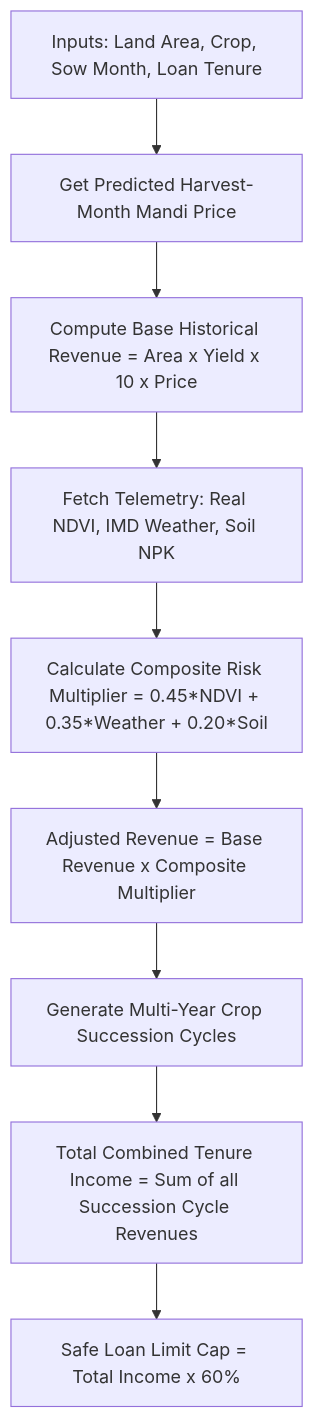
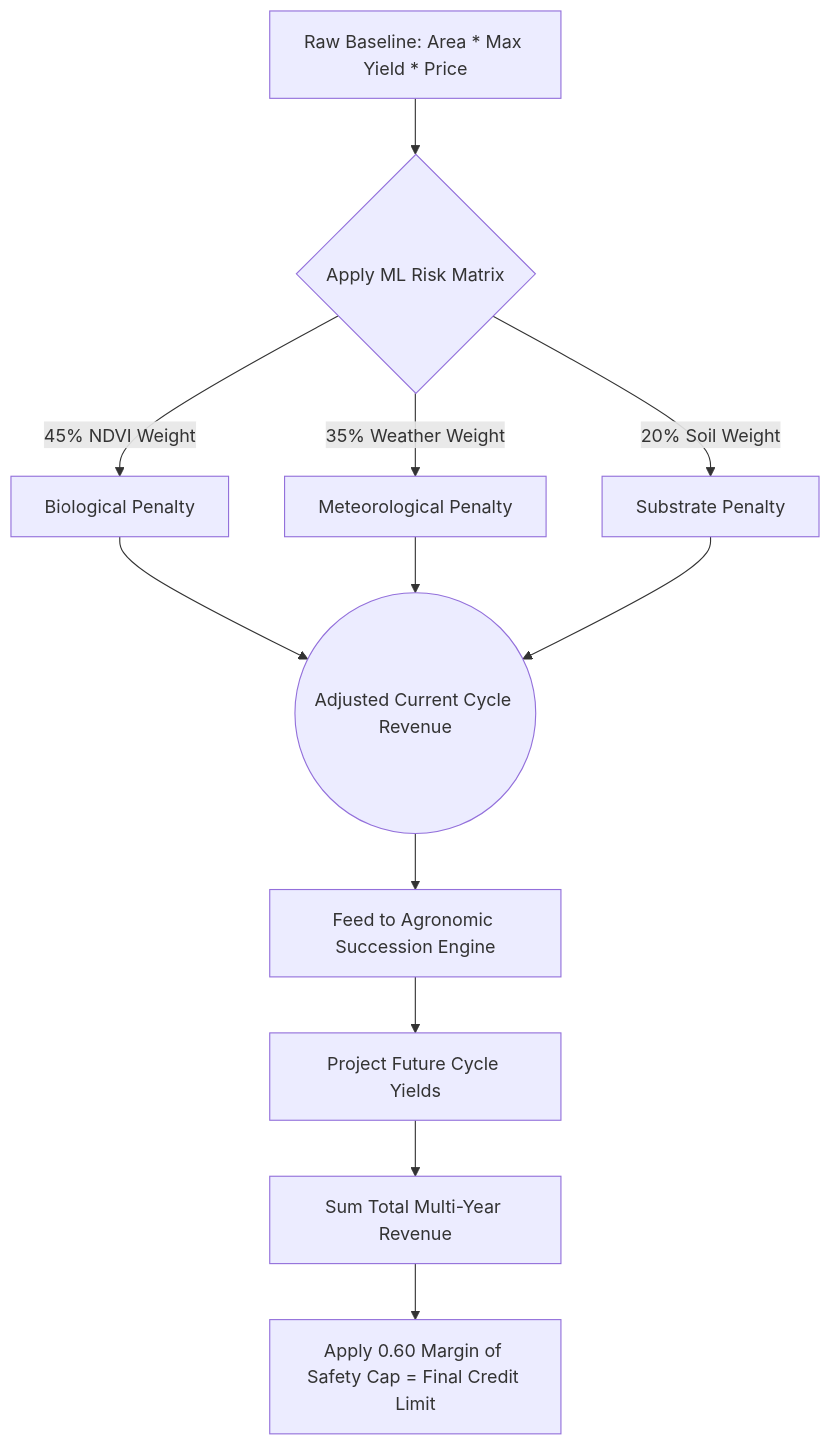
One commit to nuctan/kisan-credit-score changed the diagram in docs/02_CREDIT_SCORING_AND_MLOPS.md. Above: the diagram before and after it, drawn with Mermaid. The commit also changed other lines of this file and 3 other files, not shown here.

Commit message:
docs: Deep theoretical expansion of all 4 architectural documentation files

````diff
--- a/docs/02_CREDIT_SCORING_AND_MLOPS.md
+++ b/docs/02_CREDIT_SCORING_AND_MLOPS.md
@@ -25,11 +50,14 @@
 ```mermaid
 graph TD
-    A[Inputs: Land Area, Crop, Sow Month, Loan Tenure] --> B[Get Predicted Harvest-Month Mandi Price]
-    B --> C[Compute Base Historical Revenue = Area x Yield x 10 x Price]
-    C --> D[Fetch Telemetry: Real NDVI, IMD Weather, Soil NPK]
-    D --> E[Calculate Composite Risk Multiplier = 0.45*NDVI + 0.35*Weather + 0.20*Soil]
-    E --> F[Adjusted Revenue = Base Revenue x Composite Multiplier]
-    F --> G[Generate Multi-Year Crop Succession Cycles]
-    G --> H[Total Combined Tenure Income = Sum of all Succession Cycle Revenues]
-    H --> I[Safe Loan Limit Cap = Total Income x 60%]
+    A[Raw Baseline: Area * Max Yield * Price] --> B{Apply ML Risk Matrix}
+    B --> |45% NDVI Weight| C[Biological Penalty]
+    B --> |35% Weather Weight| D[Meteorological Penalty]
+    B --> |20% Soil Weight| E[Substrate Penalty]
+    C --> F((Adjusted Current Cycle Revenue))
+    D --> F
+    E --> F
+    F --> G[Feed to Agronomic Succession Engine]
+    G --> H[Project Future Cycle Yields]
+    H --> I[Sum Total Multi-Year Revenue]
+    I --> J[Apply 0.60 Margin of Safety Cap = Final Credit Limit]
 ```
````
